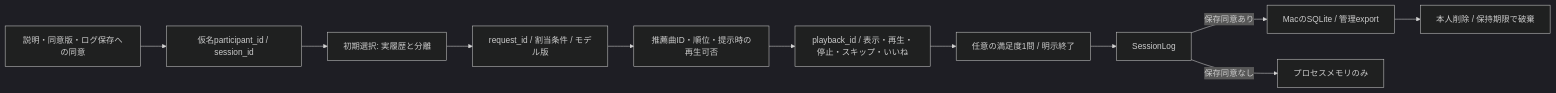
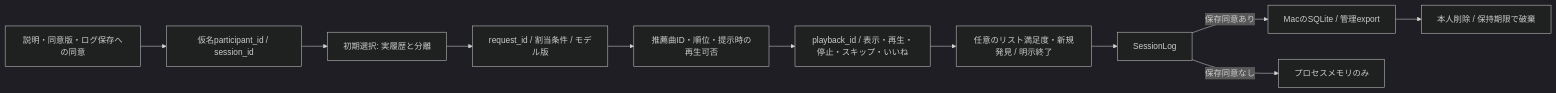
Before and after one commit to 97kuek/music-recsys: the first of 2 diagrams in docs/online-study.md, drawn with Mermaid (dark theme). The commit also changed other lines of this file and 65 other files, not shown here.

````diff
--- a/docs/online-study.md
+++ b/docs/online-study.md
@@ -11,13 +15,13 @@
 ```mermaid
 flowchart LR
     C[説明・同意版・ログ保存への同意] --> P[仮名participant_id / session_id]
     P --> I[初期選択: 実履歴と分離]
     I --> R[request_id / 割当条件 / モデル版]
     R --> T[推薦曲ID・順位・提示時の再生可否]
     T --> A[playback_id / 表示・再生・停止・スキップ・いいね]
-    A --> Q[任意の満足度1問 / 明示終了]
+    A --> Q[任意のリスト満足度・新規発見 / 明示終了]
     Q --> M[SessionLog]
     M -->|保存同意あり| D[MacのSQLite / 管理export]
     M -->|保存同意なし| V[プロセスメモリのみ]
     D --> X[本人削除 / 保持期限で破棄]
 ```
````
